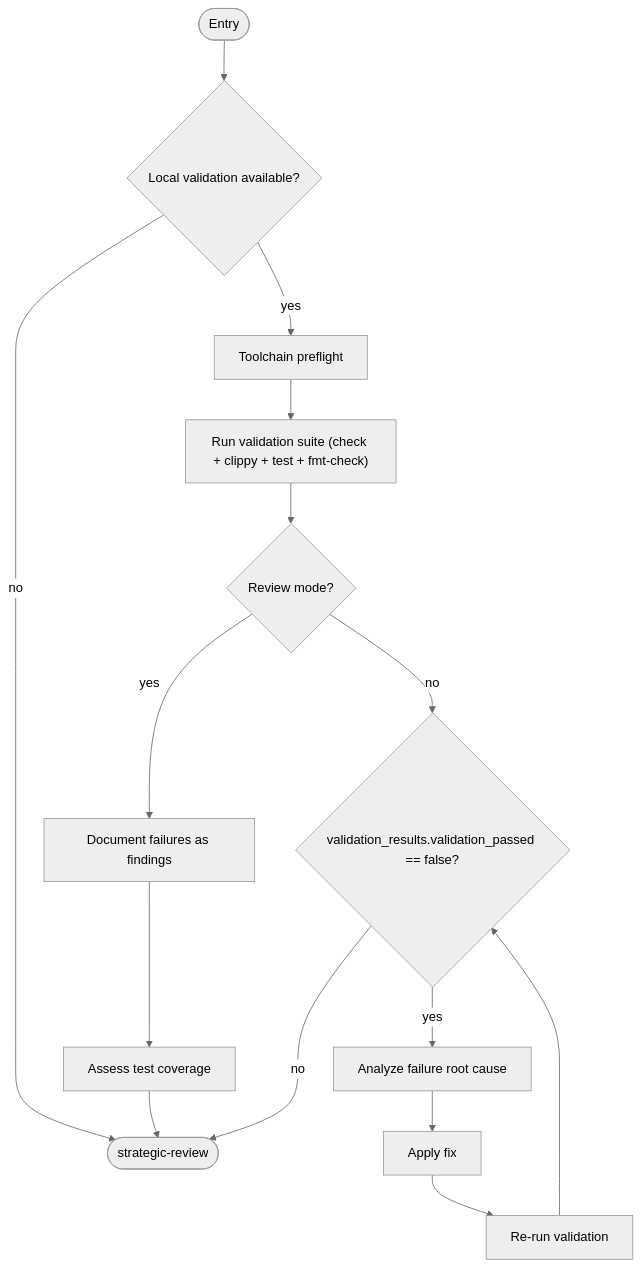
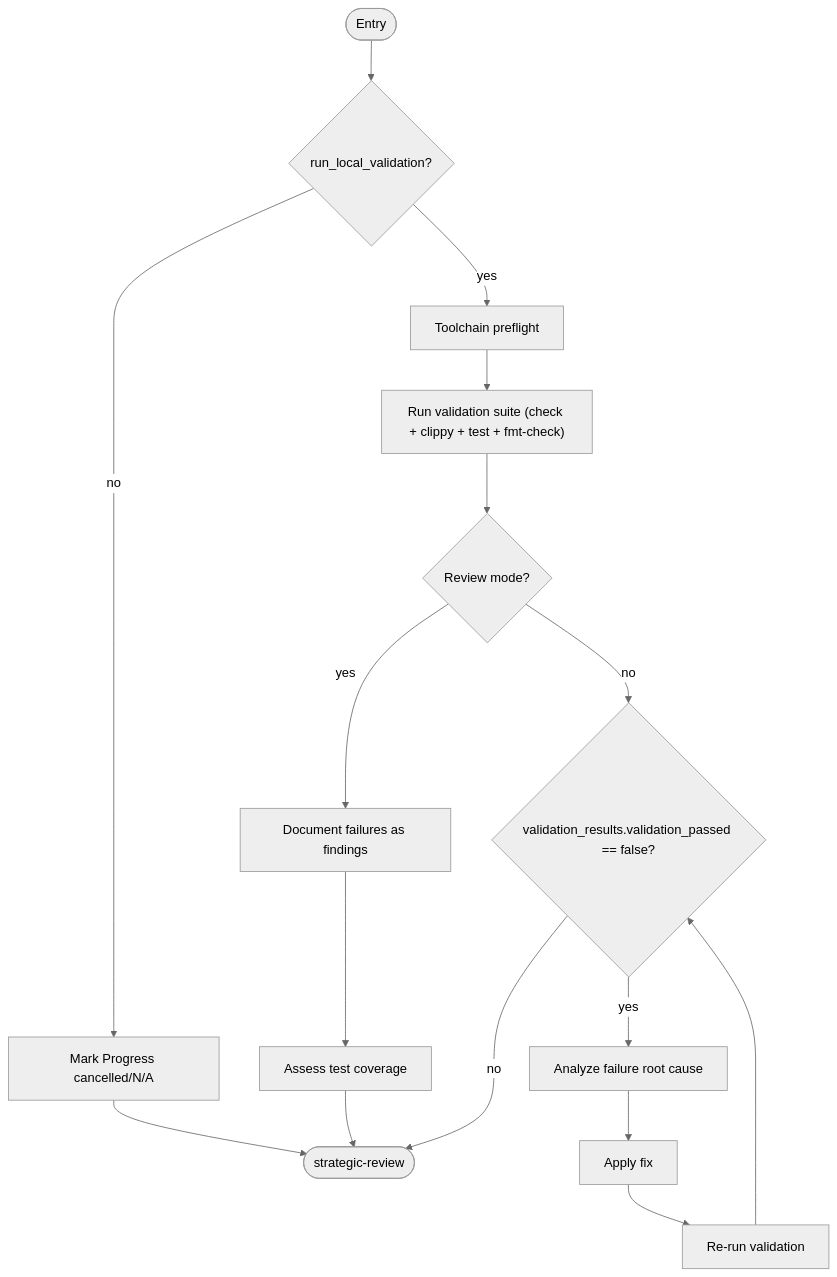
Diagram 12 of 15 in work-package/activities/README.md (m2ux/workflow-server), drawn with Mermaid (neutral theme) before and after one commit. The commit also changed other lines of this file and 18 other files, not shown here.

````diff
--- a/work-package/activities/README.md
+++ b/work-package/activities/README.md
@@ -357,17 +358,18 @@
 ```mermaid
 graph TD
-    entryNode(["Entry"]) --> localGate{"Local validation available?"}
-    localGate -->|"no"| exitNode(["strategic-review"])
+    entryNode(["Entry"]) --> localGate{"run_local_validation?"}
+    localGate -->|"no"| markNa["Mark Progress cancelled/N/A"]
+    markNa --> exitNode(["strategic-review"])
     localGate -->|"yes"| preflight["Toolchain preflight"]
     preflight --> runSuite["Run validation suite (check + clippy + test + fmt-check)"]
     runSuite --> reviewMode{"Review mode?"}
     reviewMode -->|"yes"| documentFailures["Document failures as findings"]
     documentFailures --> assessCoverage["Assess test coverage"]
     assessCoverage --> exitNode
     reviewMode -->|"no"| fixBranch{"validation_results.validation_passed == false?"}
     fixBranch -->|"no"| exitNode
     fixBranch -->|"yes"| analyzeFailure["Analyze failure root cause"]
     analyzeFailure --> applyFix["Apply fix"]
     applyFix --> revalidate["Re-run validation"]
     revalidate --> fixBranch
 ```
````
